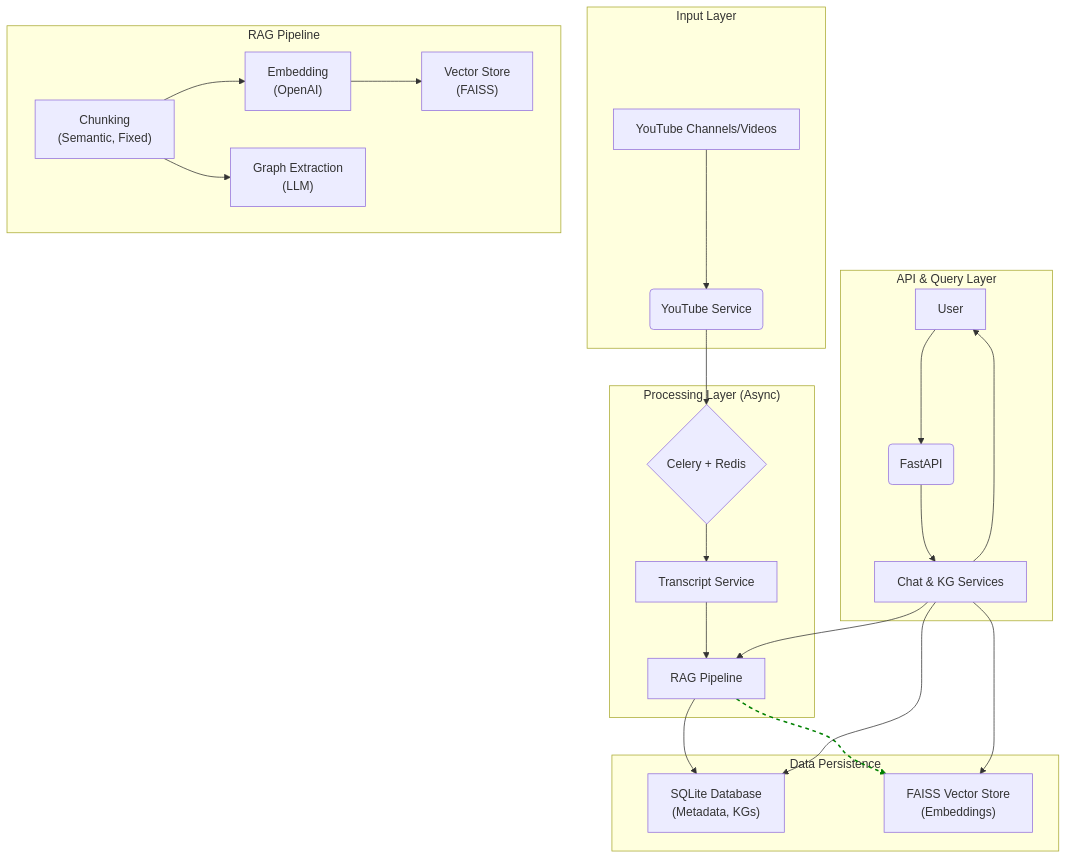
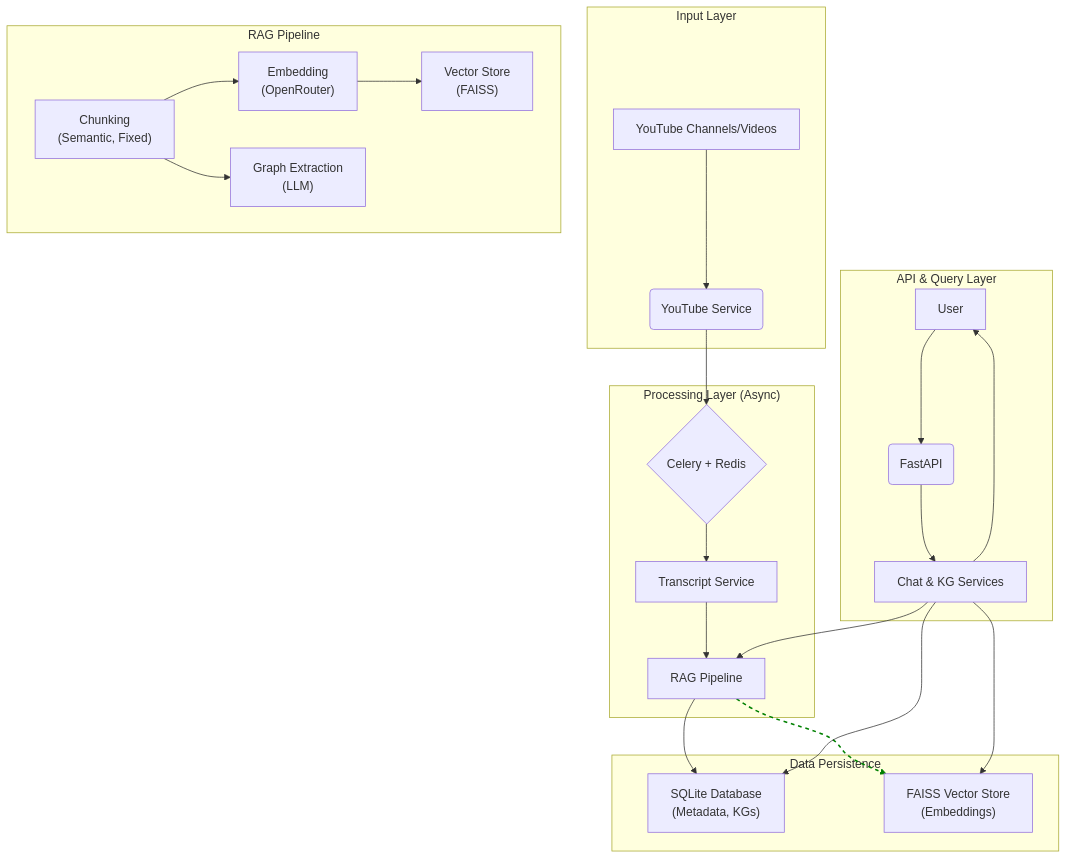
One commit to Nicolas2912/TubeAtlas changed the diagram in README.md. Above: the diagram before and after it, drawn with Mermaid. The commit also changed other lines of this file and 10 other files, not shown here.

First line of the commit message:
feat(llm): route chat and embeddings through OpenRouter

````diff
--- a/README.md
+++ b/README.md
@@ -24,38 +24,38 @@
 ```mermaid
 graph TD
     subgraph "Input Layer"
         A["YouTube Channels/Videos"] --> B("YouTube Service")
     end
 
     subgraph "Processing Layer (Async)"
         B --> C{"Celery + Redis"}
         C --> D["Transcript Service"]
         D --> E["RAG Pipeline"]
     end
 
     subgraph "RAG Pipeline"
         direction LR
         E_Chunk["Chunking<br/>(Semantic, Fixed)"]
-        E_Embed["Embedding<br/>(OpenAI)"]
+        E_Embed["Embedding<br/>(OpenRouter)"]
         E_KG["Graph Extraction<br/>(LLM)"]
         E_Store["Vector Store<br/>(FAISS)"]
         E_Chunk --> E_Embed --> E_Store
         E_Chunk --> E_KG
     end
 
     subgraph "Data Persistence"
         E --> F["SQLite Database<br/>(Metadata, KGs)"]
         E --> G["FAISS Vector Store<br/>(Embeddings)"]
     end
 
     subgraph "API & Query Layer"
         H["User"] --> I("FastAPI")
         I --> J["Chat & KG Services"]
         J --> E
         J --> F
         J --> G
         J --> H
     end
 
     linkStyle 8 stroke-width:2px,stroke:green,stroke-dasharray: 5 5;
 ```
````
